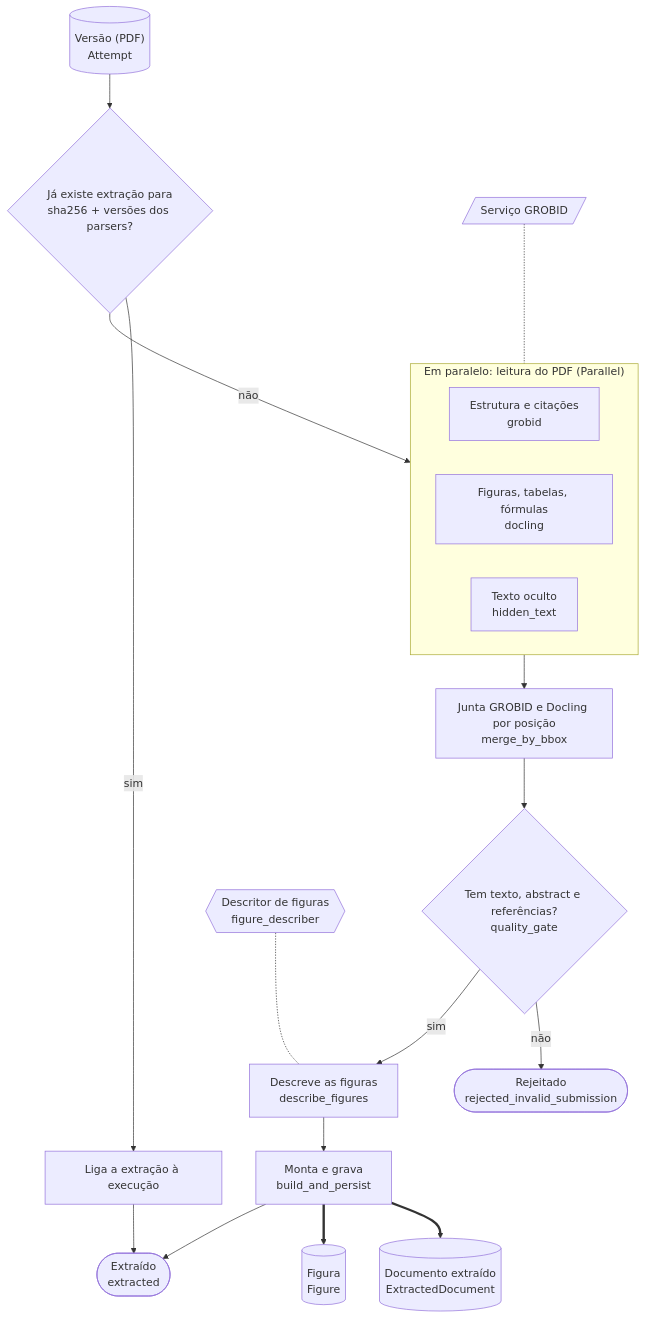
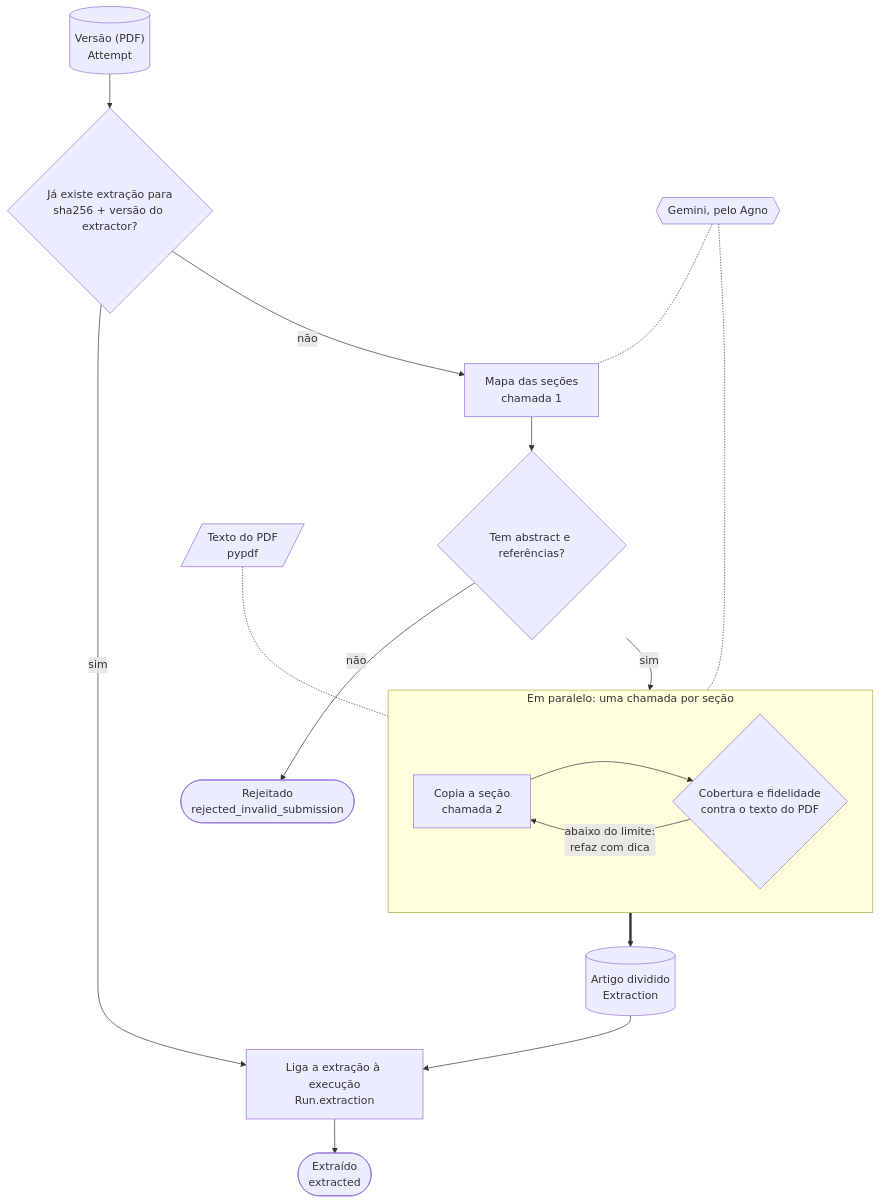
Before and after one commit to iarinhasz/metis_system: the fifth of 10 diagrams in docs/flow_graph.md, drawn with Mermaid. The commit also changed other lines of this file and 76 other files, not shown here.

Commit message:
feat: split articles into sections with Gemini via Agno

````diff
--- a/docs/flow_graph.md
+++ b/docs/flow_graph.md
@@ -241,23 +241,20 @@
 ```mermaid
 flowchart TD
-    ATT[("Versão (PDF)<br/>Attempt")] --> CACHE{"Já existe extração para<br/>sha256 + versões dos parsers?"}
-    CACHE -->|"sim"| LINK["Liga a extração à execução"]
-    CACHE -->|"não"| PARSE
-    subgraph PARSE["Em paralelo: leitura do PDF (Parallel)"]
+    ATT[("Versão (PDF)<br/>Attempt")] --> CACHE{"Já existe extração para<br/>sha256 + versão do extractor?"}
+    CACHE -->|"sim"| LINK["Liga a extração à execução<br/>Run.extraction"]
+    CACHE -->|"não"| MAP["Mapa das seções<br/>chamada 1"]
+    LLM{{"Gemini, pelo Agno"}} -.- MAP
+    MAP --> QG{"Tem abstract e referências?"}
+    QG -->|"não"| REJ(["Rejeitado<br/>rejected_invalid_submission"])
+    QG -->|"sim"| SEC
+    subgraph SEC["Em paralelo: uma chamada por seção"]
         direction LR
-        GRO["Estrutura e citações<br/>grobid"]
-        DOC["Figuras, tabelas, fórmulas<br/>docling"]
-        HID["Texto oculto<br/>hidden_text"]
+        COPY["Copia a seção<br/>chamada 2"] --> CHK{"Cobertura e fidelidade<br/>contra o texto do PDF"}
+        CHK -->|"abaixo do limite:<br/>refaz com dica"| COPY
     end
-    GROBID[/"Serviço GROBID"/] -.- GRO
-    PARSE --> MERGE["Junta GROBID e Docling por posição<br/>merge_by_bbox"]
-    MERGE --> QG{"Tem texto, abstract e referências?<br/>quality_gate"}
-    QG -->|"não"| REJ(["Rejeitado<br/>rejected_invalid_submission"])
-    QG -->|"sim"| DESC["Descreve as figuras<br/>describe_figures"]
-    AGF{{"Descritor de figuras<br/>figure_describer"}} -.- DESC
-    DESC --> BUILD["Monta e grava<br/>build_and_persist"]
-    BUILD ==> ED[("Documento extraído<br/>ExtractedDocument")]
-    BUILD ==> FIG[("Figura<br/>Figure")]
-    BUILD --> OK(["Extraído<br/>extracted"])
-    LINK --> OK
+    LLM -.- COPY
+    PDF[/"Texto do PDF<br/>pypdf"/] -.- CHK
+    SEC ==> ED[("Artigo dividido<br/>Extraction")]
+    ED --> LINK
+    LINK --> OK(["Extraído<br/>extracted"])
 ```
````
